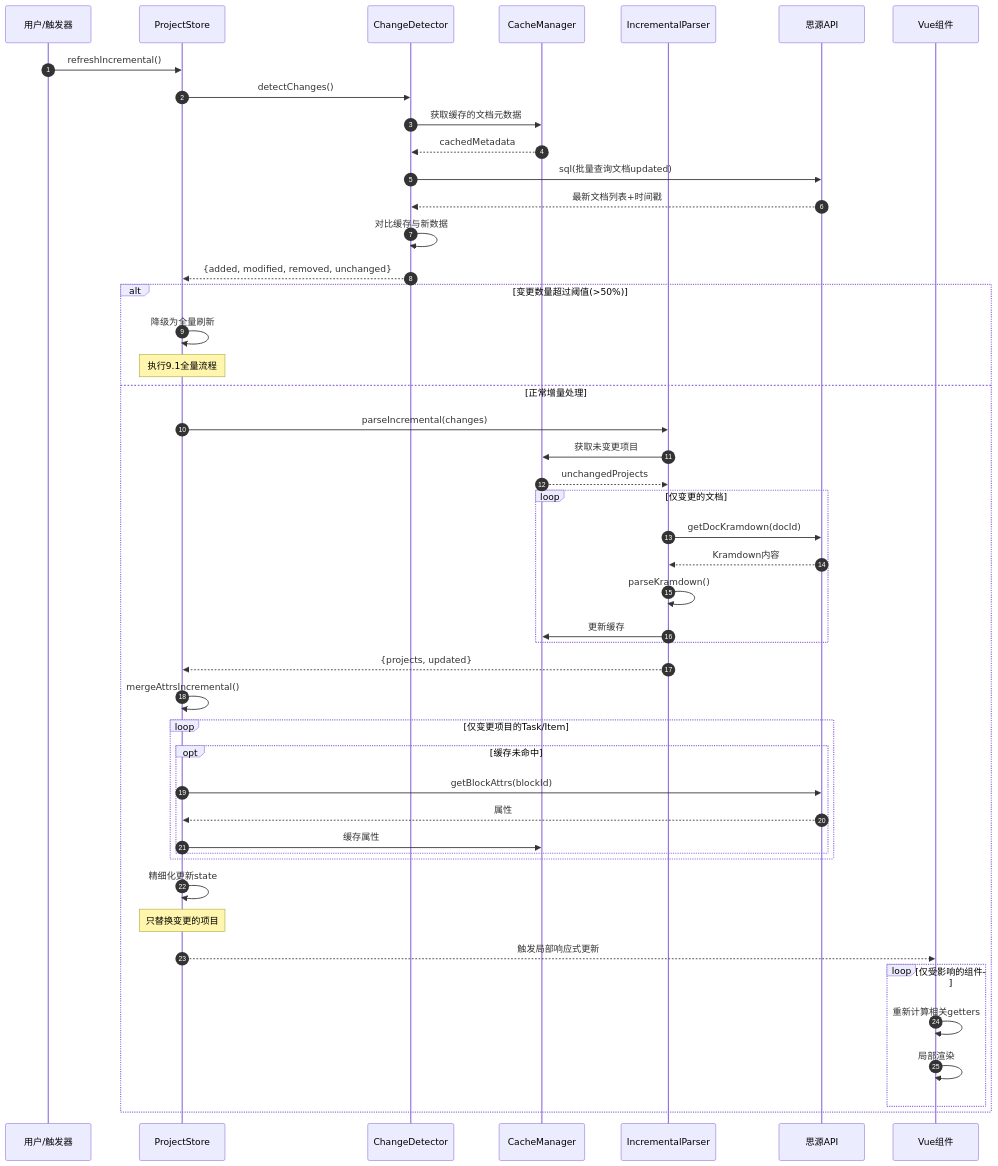
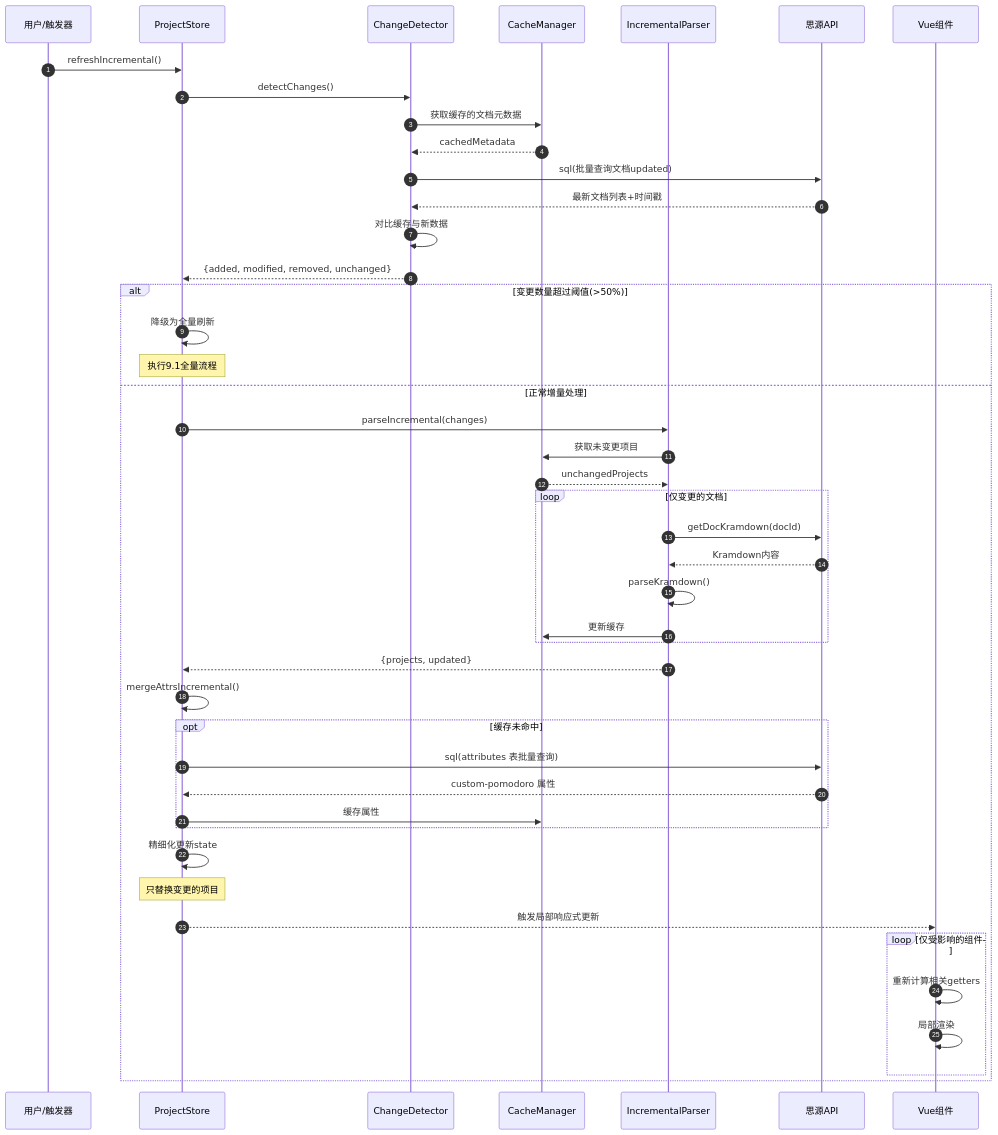
Before and after one commit to MoonBottle/siyuan-plugin-bullet-journal: the second of 4 diagrams in docs/prd/performance-optimization.md, drawn with Mermaid. The commit also changed other lines of this file and 2 other files, not shown here.

````diff
--- a/docs/prd/performance-optimization.md
+++ b/docs/prd/performance-optimization.md
@@ -525,60 +582,58 @@
 ```mermaid
 sequenceDiagram
     autonumber
     participant User as 用户/触发器
     participant Store as ProjectStore
     participant Detector as ChangeDetector
     participant Cache as CacheManager
     participant Parser as IncrementalParser
     participant API as 思源API
     participant Vue as Vue组件
 
     User->>Store: refreshIncremental()
     
     Store->>Detector: detectChanges()
     Detector->>Cache: 获取缓存的文档元数据
     Cache-->>Detector: cachedMetadata
     
     Detector->>API: sql(批量查询文档updated)
     API-->>Detector: 最新文档列表+时间戳
     
     Detector->>Detector: 对比缓存与新数据
     Detector-->>Store: {added, modified, removed, unchanged}
     
     alt 变更数量超过阈值(>50%)
         Store->>Store: 降级为全量刷新
         Note over Store: 执行9.1全量流程
     else 正常增量处理
         Store->>Parser: parseIncremental(changes)
         
         Parser->>Cache: 获取未变更项目
         Cache-->>Parser: unchangedProjects
         
         loop 仅变更的文档
             Parser->>API: getDocKramdown(docId)
             API-->>Parser: Kramdown内容
             Parser->>Parser: parseKramdown()
             Parser->>Cache: 更新缓存
         end
         
         Parser-->>Store: {projects, updated}
         
         Store->>Store: mergeAttrsIncremental()
-        loop 仅变更项目的Task/Item
-            opt 缓存未命中
-                Store->>API: getBlockAttrs(blockId)
-                API-->>Store: 属性
-                Store->>Cache: 缓存属性
-            end
+        opt 缓存未命中
+            Store->>API: sql(attributes 表批量查询)
+            API-->>Store: custom-pomodoro 属性
+            Store->>Cache: 缓存属性
         end
         
         Store->>Store: 精细化更新state
         Note over Store: 只替换变更的项目
         Store-->>Vue: 触发局部响应式更新
         
         loop 仅受影响的组件
             Vue->>Vue: 重新计算相关getters
             Vue->>Vue: 局部渲染
         end
     end
 ```
````
